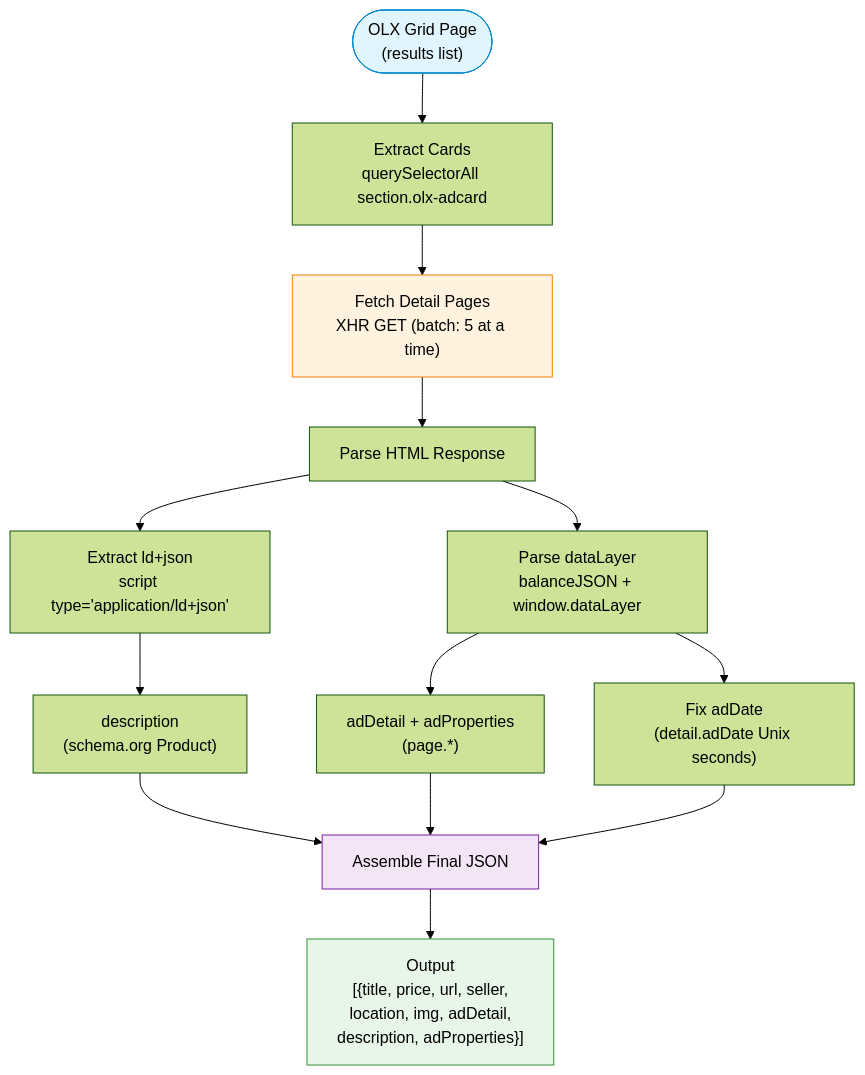
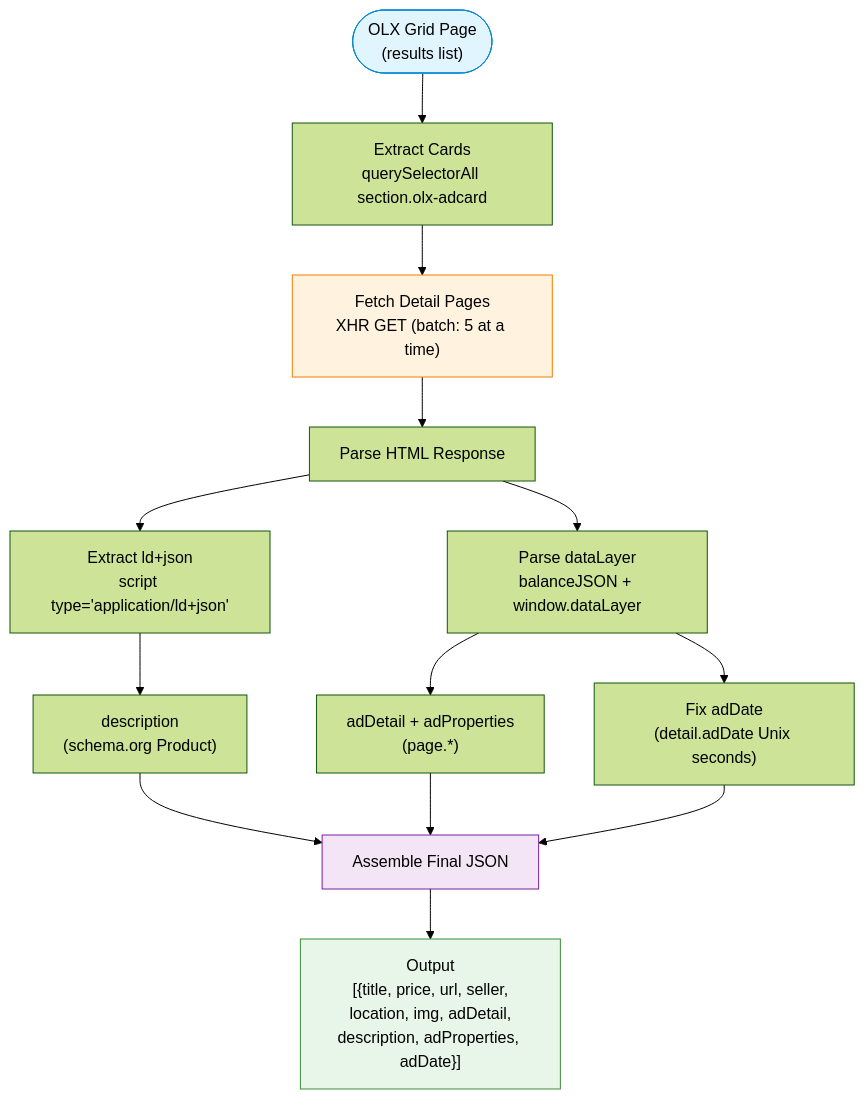
Before and after one commit to klimadev/olx-scraper: the first of 2 diagrams in README.md, drawn with Mermaid (forest theme). The commit also changed other lines of this file and 2 other files, not shown here.

````diff
--- a/README.md
+++ b/README.md
@@ -92,20 +134,20 @@
 ```mermaid
 flowchart TD
     A(["OLX Grid Page<br/>(results list)"]) --> B["Extract Cards<br/>querySelectorAll section.olx-adcard"]
     B --> C["Fetch Detail Pages<br/>XHR GET (batch: 5 at a time)"]
     C --> D["Parse HTML Response"]
     D --> E["Extract ld+json<br/>script type='application/ld+json'"]
     D --> F["Parse dataLayer<br/>balanceJSON + window.dataLayer"]
     E --> G["description<br/>(schema.org Product)"]
     F --> H["adDetail + adProperties<br/>(page.*)"]
     F --> I["Fix adDate<br/>(detail.adDate Unix seconds)"]
     G --> J["Assemble Final JSON"]
     H --> J
     I --> J
-    J --> K["Output<br/>[{title, price, url, seller,<br/>location, img, adDetail,<br/>description, adProperties}]"]
+    J --> K["Output<br/>[{title, price, url, seller,<br/>location, img, adDetail,<br/>description, adProperties, adDate}]"]
 
     style A fill:#e1f5fe,stroke:#0288d1
     style K fill:#e8f5e9,stroke:#388e3c
     style C fill:#fff3e0,stroke:#f57c00
     style J fill:#f3e5f5,stroke:#7b1fa2
 ```
````
